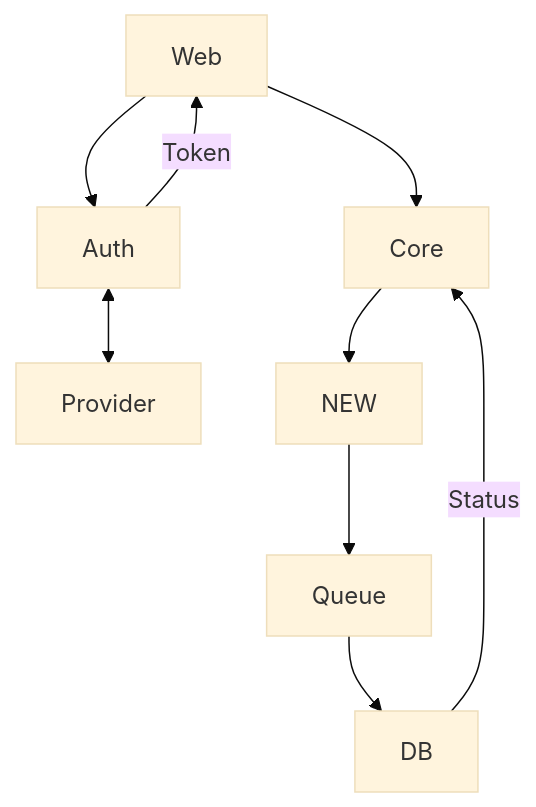
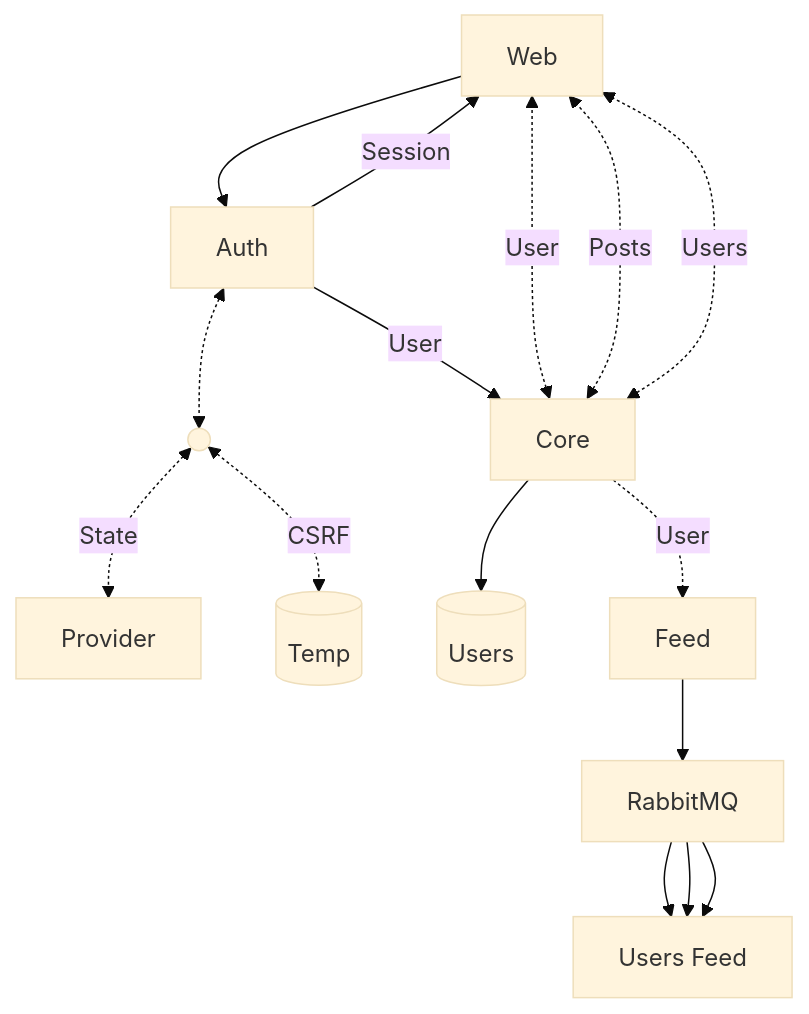
One commit to rafaelrcamargo/logos changed the diagram in docs/notes.md. Above: the diagram before and after it, drawn with Mermaid (base theme). The commit also changed other lines of this file and 15 other files, not shown here.

````diff
--- a/docs/notes.md
+++ b/docs/notes.md
@@ -12,12 +24,24 @@
 ```mermaid
 flowchart TB
     Web --> Auth
-    Auth <--> Provider
-    Auth -- Token --> Web
 
-    Web --> Core
-    Core --> NEW
-    NEW --> Queue
-    Queue --> DB
-    DB -- Status --> Core
+    %% Auth flow
+    Auth <-.-> A(( ))
+    A(( )) <-. State .-> Provider
+    A(( )) <-. CSRF .-> Temp[(Temp)]
+    Auth -- Session --> Web
+    Auth -- User --> Core
+    Core --> Users[(Users)]
+
+    %% Web flow
+    Core <-. User .-> Web
+    Core <-. Posts .-> Web
+    Core <-. Users .-> Web
+
+    %% Feed flow
+    Core -. User .-> Feed
+    Feed --> RabbitMQ
+    RabbitMQ --> a[Users Feed]
+    RabbitMQ --> a[Users Feed]
+    RabbitMQ --> a[Users Feed]
 ```
````
